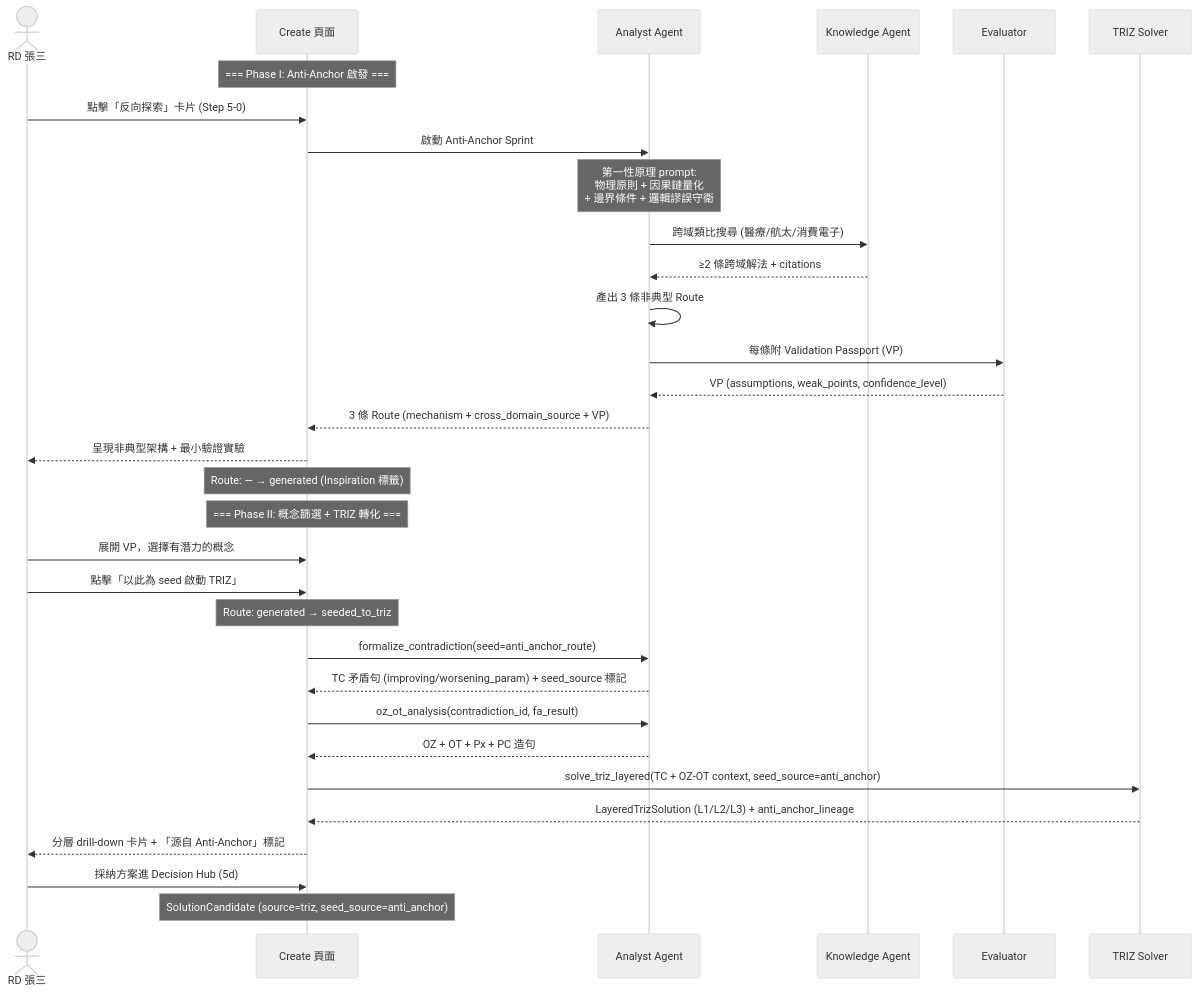
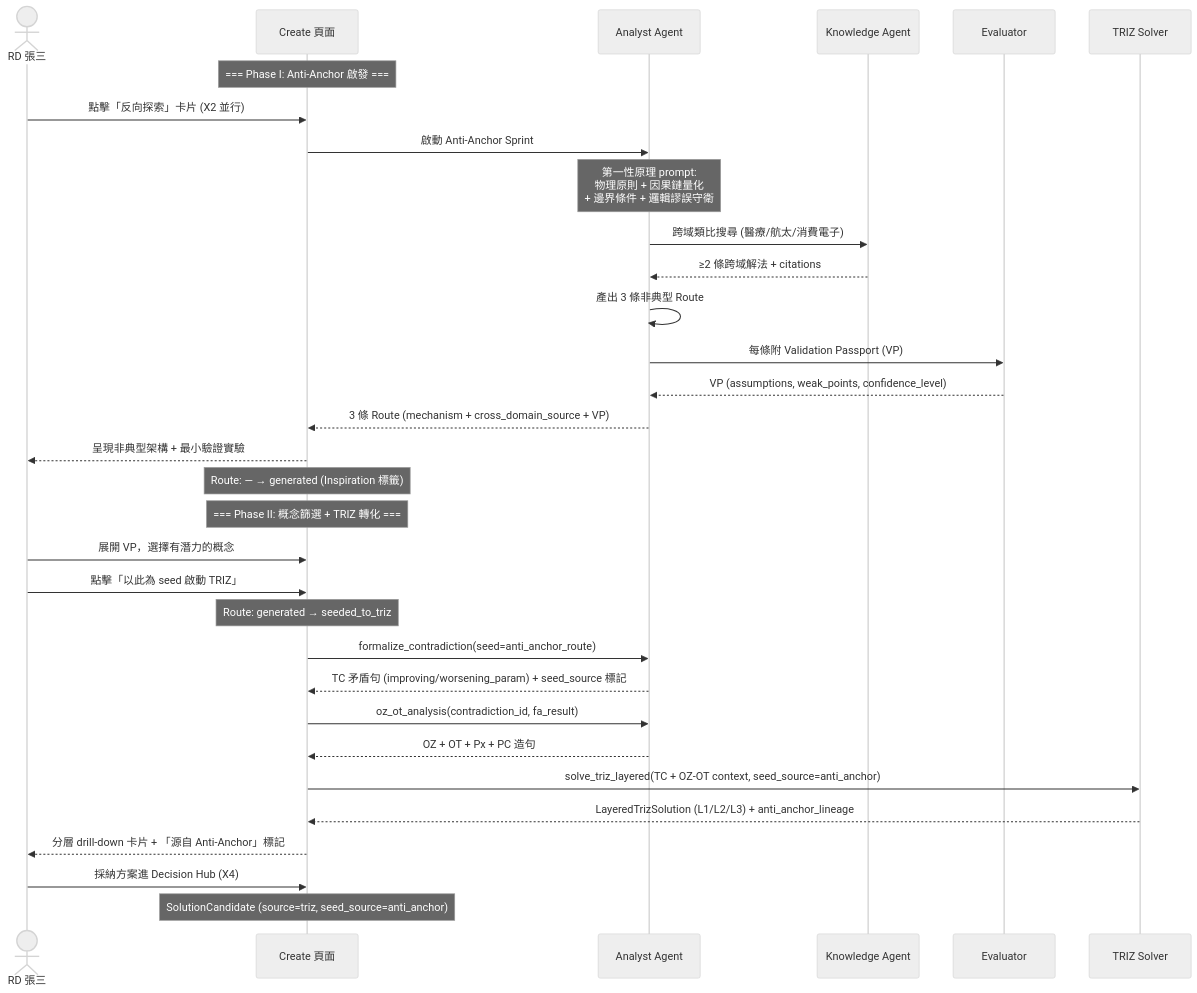
The third of 5 diagrams in docs/01-define/E3--system-interaction-flow.md (Zenobia0000/RD_copilot_system), drawn with Mermaid (neutral theme) before and after one commit. The commit also changed other lines of this file and 45 other files, not shown here.

````diff
--- a/docs/01-define/E3--system-interaction-flow.md
+++ b/docs/01-define/E3--system-interaction-flow.md
@@ -166,42 +204,42 @@
 ```mermaid
 sequenceDiagram
     actor RD as RD 張三
     participant UI as Create 頁面
     participant AA as Analyst Agent
     participant KB as Knowledge Agent
     participant EV as Evaluator
     participant TS as TRIZ Solver
 
     Note over UI: === Phase I: Anti-Anchor 啟發 ===
-    RD->>UI: 點擊「反向探索」卡片 (Step 5-0)
+    RD->>UI: 點擊「反向探索」卡片 (X2 並行)
     UI->>AA: 啟動 Anti-Anchor Sprint
     Note over AA: 第一性原理 prompt:<br/>物理原則 + 因果鏈量化<br/>+ 邊界條件 + 邏輯謬誤守衛
 
     AA->>KB: 跨域類比搜尋 (醫療/航太/消費電子)
     KB-->>AA: ≥2 條跨域解法 + citations
     AA->>AA: 產出 3 條非典型 Route
     AA->>EV: 每條附 Validation Passport (VP)
     EV-->>AA: VP (assumptions, weak_points, confidence_level)
 
     AA-->>UI: 3 條 Route (mechanism + cross_domain_source + VP)
     UI-->>RD: 呈現非典型架構 + 最小驗證實驗
     Note over UI: Route: — → generated (Inspiration 標籤)
 
     Note over UI: === Phase II: 概念篩選 + TRIZ 轉化 ===
     RD->>UI: 展開 VP，選擇有潛力的概念
     RD->>UI: 點擊「以此為 seed 啟動 TRIZ」
     Note over UI: Route: generated → seeded_to_triz
 
     UI->>AA: formalize_contradiction(seed=anti_anchor_route)
     AA-->>UI: TC 矛盾句 (improving/worsening_param) + seed_source 標記
 
     UI->>AA: oz_ot_analysis(contradiction_id, fa_result)
     AA-->>UI: OZ + OT + Px + PC 造句
 
     UI->>TS: solve_triz_layered(TC + OZ-OT context, seed_source=anti_anchor)
     TS-->>UI: LayeredTrizSolution (L1/L2/L3) + anti_anchor_lineage
     UI-->>RD: 分層 drill-down 卡片 + 「源自 Anti-Anchor」標記
 
-    RD->>UI: 採納方案進 Decision Hub (5d)
+    RD->>UI: 採納方案進 Decision Hub (X4)
     Note over UI: SolutionCandidate (source=triz, seed_source=anti_anchor)
 ```
````
